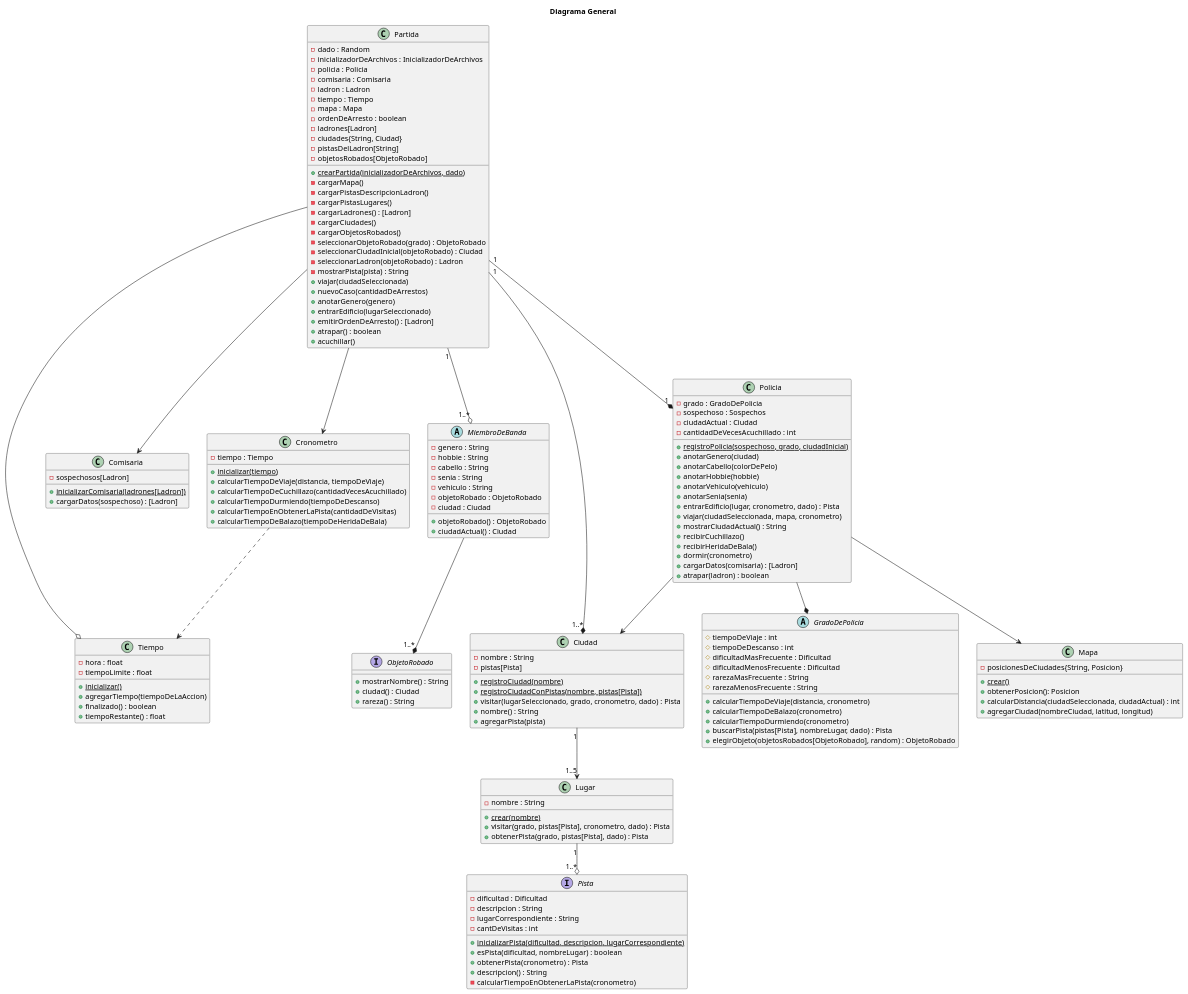
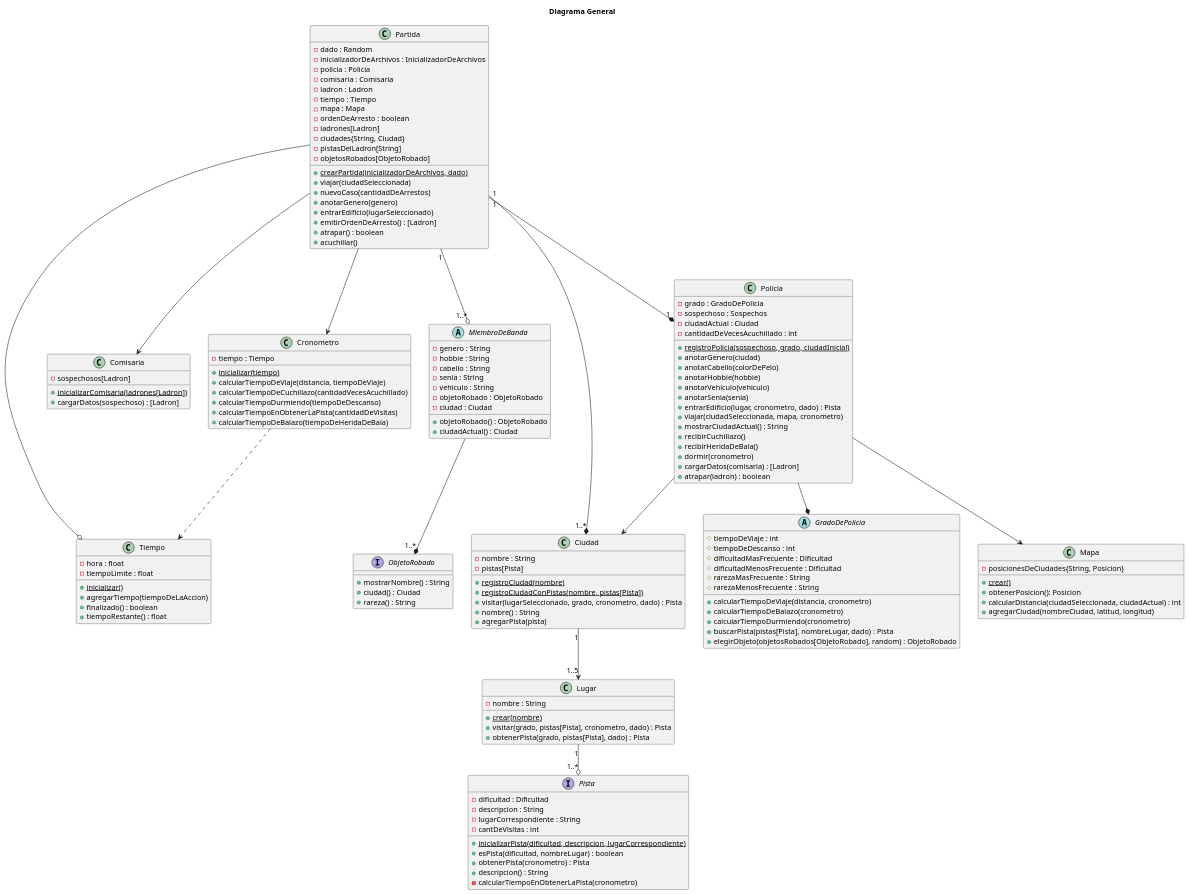
Before and after one commit to kmu01/Algo3_tp2: the diagram in diagrams/classes/entrega2/DC_general.puml, drawn with PlantUML.

Commit message:
detalles

```diff
--- a/diagrams/classes/entrega2/DC_general.puml
+++ b/diagrams/classes/entrega2/DC_general.puml
@@ -1,187 +1,177 @@
 @startuml
 title Diagrama General
 
 
 class Ciudad{
     - nombre : String
     - pistas[Pista]
     + {static} registroCiudad(nombre)
     + {static} registroCiudadConPistas(nombre, pistas[Pista])
     + visitar(lugarSeleccionado, grado, cronometro, dado) : Pista
     + nombre() : String
     + agregarPista(pista)
 
 }
 
 class Comisaria {
     - sospechosos[Ladron]
     + {static} inicializarComisaria(ladrones[Ladron])
     + cargarDatos(sospechoso) : [Ladron]
 }
 
 class Cronometro {
     - tiempo : Tiempo
     + {static} inicializar(tiempo)
     + calcularTiempoDeViaje(distancia, tiempoDeViaje)
     + calcularTiempoDeCuchillazo(cantidadVecesAcuchillado)
     + calcularTiempoDurmiendo(tiempoDeDescanso)
     + calcularTiempoEnObtenerLaPista(cantidadDeVisitas)
     + calcularTiempoDeBalazo(tiempoDeHeridaDeBala)
 }
 
 class Partida{
     - dado : Random
     - inicializadorDeArchivos : InicializadorDeArchivos
     - policia : Policia
     - comisaria : Comisaria
     - ladron : Ladron
     - tiempo : Tiempo
     - mapa : Mapa
     - ordenDeArresto : boolean
     - ladrones[Ladron]
     - ciudades{String, Ciudad}
     - pistasDelLadron[String]
     - objetosRobados[ObjetoRobado]
     + {static} crearPartida(inicializadorDeArchivos, dado)
-    - cargarMapa()
-    - cargarPistasDescripcionLadron()
-    - cargarPistasLugares()
-    - cargarLadrones() : [Ladron]
-    - cargarCiudades()
-    - cargarObjetosRobados()
-    - seleccionarObjetoRobado(grado) : ObjetoRobado
-    - seleccionarCiudadInicial(objetoRobado) : Ciudad
-    - seleccionarLadron(objetoRobado) : Ladron
-    - mostrarPista(pista) : String
     + viajar(ciudadSeleccionada)
     + nuevoCaso(cantidadDeArrestos)
     + anotarGenero(genero)
     + entrarEdificio(lugarSeleccionado)
     + emitirOrdenDeArresto() : [Ladron]
     + atrapar() : boolean
     + acuchillar()
 }
 
 abstract class MiembroDeBanda{
     - genero : String
     - hobbie : String
     - cabello : String
     - senia : String
     - vehiculo : String
     - objetoRobado : ObjetoRobado
     - ciudad : Ciudad
     + objetoRobado() : ObjetoRobado
     + ciudadActual() : Ciudad
 }
 
 /'
 class Ladron{
     - sexo : String
     - hobbie : String
     - cabello : String
     - seña : String
     - vehiculo : String
     - objetoRobado : ObjetoRobado
     + {static} registro(objetoRobado, cantidadArrestos)
     + {static} registroEspecifico(cantidadArrestos, objetoRobado, sexo, hobbie, seña, vehiculo)
     + anotarGenero(genero) : String
     + acuchillar(Policia) : int
 }
 '/
 
 
 class Policia{
     - grado : GradoDePolicia
     - sospechoso : Sospechos
     - ciudadActual : Ciudad
     - cantidadDeVecesAcuchillado : int
     + {static} registroPolicia(sospechoso, grado, ciudadInicial)
     + anotarGenero(ciudad)
     + anotarCabello(colorDePelo)
     + anotarHobbie(hobbie)
     + anotarVehiculo(vehiculo)
     + anotarSenia(senia)
     + entrarEdificio(lugar, cronometro, dado) : Pista
     + viajar(ciudadSeleccionada, mapa, cronometro)
     + mostrarCiudadActual() : String
     + recibirCuchillazo()
     + recibirHeridaDeBala()
     + dormir(cronometro)
     + cargarDatos(comisaria) : [Ladron]
     + atrapar(ladron) : boolean
 }
 
 class Mapa{
     - posicionesDeCiudades{String, Posicion}
     + {static} crear()
     + obtenerPosicion(): Posicion
     + calcularDistancia(ciudadSeleccionada, ciudadActual) : int
     + agregarCiudad(nombreCiudad, latitud, longitud)
 }
 
 abstract class GradoDePolicia{
     # tiempoDeViaje : int
     # tiempoDeDescanso : int
     # dificultadMasFrecuente : Dificultad
     # dificultadMenosFrecuente : Dificultad
     # rarezaMasFrecuente : String
     # rarezaMenosFrecuente : String
     + calcularTiempoDeViaje(distancia, cronometro)
     + calcularTiempoDeBalazo(cronometro)
     + calcularTiempoDurmiendo(cronometro)
     + buscarPista(pistas[Pista], nombreLugar, dado) : Pista
     + elegirObjeto(objetosRobados[ObjetoRobado], random) : ObjetoRobado
 }
 
 class Lugar{
     - nombre : String
     + {static} crear(nombre)
     + visitar(grado, pistas[Pista], cronometro, dado) : Pista
     + obtenerPista(grado, pistas[Pista], dado) : Pista
 }
 
 interface Pista{
     - dificultad : Dificultad
     - descripcion : String
     - lugarCorrespondiente : String
     - cantDeVisitas : int
     + {static} inicializarPista(dificultad, descripcion, lugarCorrespondiente)
     + esPista(dificultad, nombreLugar) : boolean
     + obtenerPista(cronometro) : Pista
     + descripcion() : String
     - calcularTiempoEnObtenerLaPista(cronometro)
 }
 
 interface ObjetoRobado{
 	+ mostrarNombre() : String
 	+ ciudad() : Ciudad
 	+ rareza() : String
 }
 
 class Tiempo{
     - hora : float
     - tiempoLimite : float
     + {static} inicializar()
     + agregarTiempo(tiempoDeLaAccion)
     + finalizado() : boolean
     + tiempoRestante() : float
 }
 
 
 Partida "1" --o "1..*" MiembroDeBanda
 Partida"1" --* "1"Policia
 Partida --o Tiempo
 Policia --* GradoDePolicia
 Policia --> Mapa
 Partida "1" --* "1..*" Ciudad
 Policia --> Ciudad
 Ciudad "1" --> "1..5"Lugar
 Lugar "1" --o "1..*" Pista
 
 MiembroDeBanda --* "1..*" ObjetoRobado
 Partida --> Comisaria
 Cronometro ..> Tiempo
 Partida --> Cronometro
 
 
 @enduml
```
